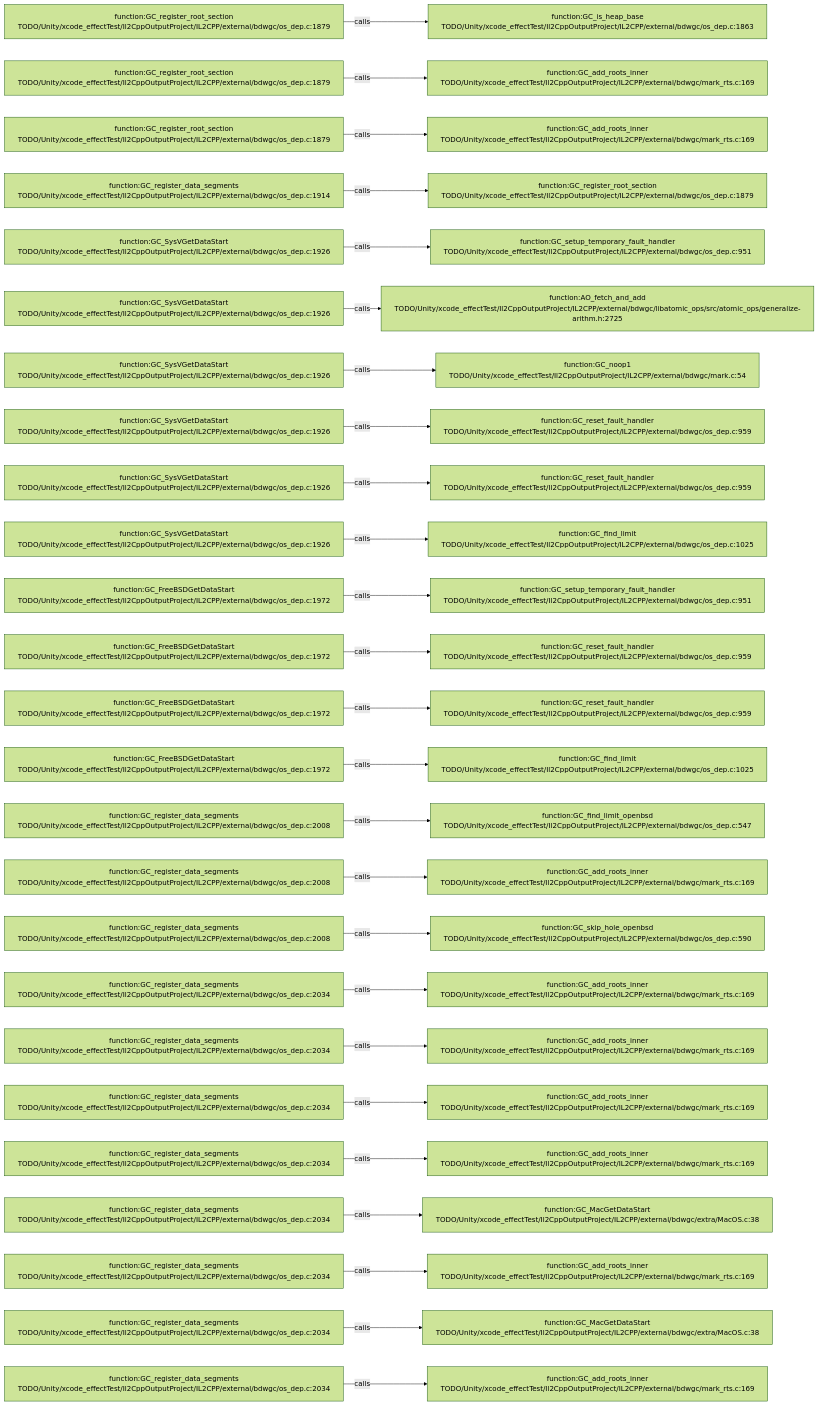
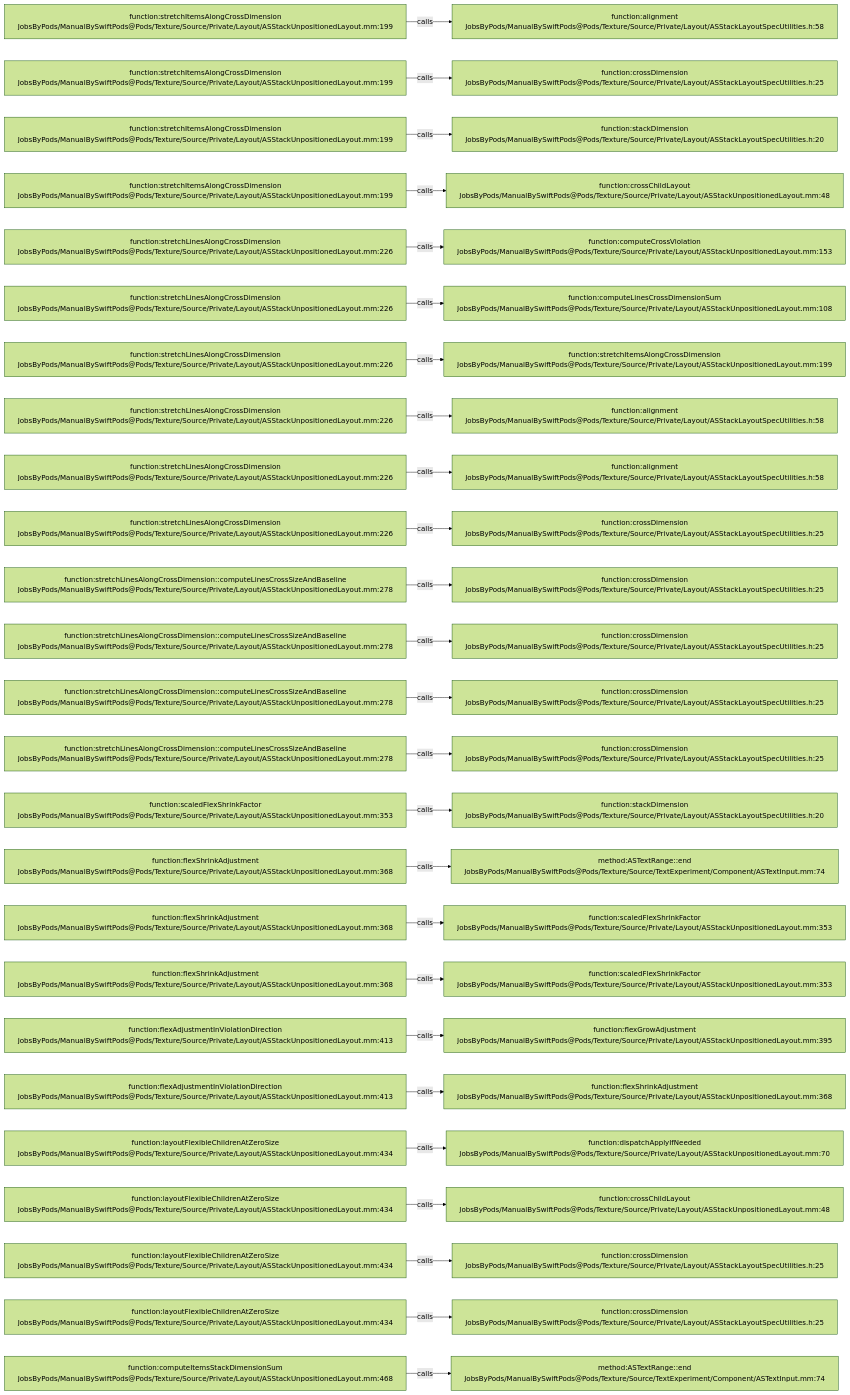
The diagram in .codegraph/codegraph.md/graphs/calls-144.md (JobsKits/JobsSwiftBaseConfigDemo), drawn with Mermaid (forest theme) before and after one commit. The commit also changed 2959 other files, not shown here.

````diff
--- a/.codegraph/codegraph.md/graphs/calls-144.md
+++ b/.codegraph/codegraph.md/graphs/calls-144.md
@@ -13,78 +13,78 @@
 ```mermaid
 flowchart LR
-  S1["function:GC_register_root_section<br/>TODO/Unity/xcode_effectTest/Il2CppOutputProject/IL2CPP/external/bdwgc/os_dep.c:1879"]
-  T1["function:GC_is_heap_base<br/>TODO/Unity/xcode_effectTest/Il2CppOutputProject/IL2CPP/external/bdwgc/os_dep.c:1863"]
+  S1["function:stretchItemsAlongCrossDimension<br/>JobsByPods/ManualBySwiftPods@Pods/Texture/Source/Private/Layout/ASStackUnpositionedLayout.mm:199"]
+  T1["function:alignment<br/>JobsByPods/ManualBySwiftPods@Pods/Texture/Source/Private/Layout/ASStackLayoutSpecUtilities.h:58"]
   S1 -->|calls| T1
-  S2["function:GC_register_root_section<br/>TODO/Unity/xcode_effectTest/Il2CppOutputProject/IL2CPP/external/bdwgc/os_dep.c:1879"]
-  T2["function:GC_add_roots_inner<br/>TODO/Unity/xcode_effectTest/Il2CppOutputProject/IL2CPP/external/bdwgc/mark_rts.c:169"]
+  S2["function:stretchItemsAlongCrossDimension<br/>JobsByPods/ManualBySwiftPods@Pods/Texture/Source/Private/Layout/ASStackUnpositionedLayout.mm:199"]
+  T2["function:crossDimension<br/>JobsByPods/ManualBySwiftPods@Pods/Texture/Source/Private/Layout/ASStackLayoutSpecUtilities.h:25"]
   S2 -->|calls| T2
-  S3["function:GC_register_root_section<br/>TODO/Unity/xcode_effectTest/Il2CppOutputProject/IL2CPP/external/bdwgc/os_dep.c:1879"]
-  T3["function:GC_add_roots_inner<br/>TODO/Unity/xcode_effectTest/Il2CppOutputProject/IL2CPP/external/bdwgc/mark_rts.c:169"]
+  S3["function:stretchItemsAlongCrossDimension<br/>JobsByPods/ManualBySwiftPods@Pods/Texture/Source/Private/Layout/ASStackUnpositionedLayout.mm:199"]
+  T3["function:stackDimension<br/>JobsByPods/ManualBySwiftPods@Pods/Texture/Source/Private/Layout/ASStackLayoutSpecUtilities.h:20"]
   S3 -->|calls| T3
-  S4["function:GC_register_data_segments<br/>TODO/Unity/xcode_effectTest/Il2CppOutputProject/IL2CPP/external/bdwgc/os_dep.c:1914"]
-  T4["function:GC_register_root_section<br/>TODO/Unity/xcode_effectTest/Il2CppOutputProject/IL2CPP/external/bdwgc/os_dep.c:1879"]
+  S4["function:stretchItemsAlongCrossDimension<br/>JobsByPods/ManualBySwiftPods@Pods/Texture/Source/Private/Layout/ASStackUnpositionedLayout.mm:199"]
+  T4["function:crossChildLayout<br/>JobsByPods/ManualBySwiftPods@Pods/Texture/Source/Private/Layout/ASStackUnpositionedLayout.mm:48"]
   S4 -->|calls| T4
-  S5["function:GC_SysVGetDataStart<br/>TODO/Unity/xcode_effectTest/Il2CppOutputProject/IL2CPP/external/bdwgc/os_dep.c:1926"]
-  T5["function:GC_setup_temporary_fault_handler<br/>TODO/Unity/xcode_effectTest/Il2CppOutputProject/IL2CPP/external/bdwgc/os_dep.c:951"]
+  S5["function:stretchLinesAlongCrossDimension<br/>JobsByPods/ManualBySwiftPods@Pods/Texture/Source/Private/Layout/ASStackUnpositionedLayout.mm:226"]
+  T5["function:computeCrossViolation<br/>JobsByPods/ManualBySwiftPods@Pods/Texture/Source/Private/Layout/ASStackUnpositionedLayout.mm:153"]
   S5 -->|calls| T5
-  S6["function:GC_SysVGetDataStart<br/>TODO/Unity/xcode_effectTest/Il2CppOutputProject/IL2CPP/external/bdwgc/os_dep.c:1926"]
-  T6["function:AO_fetch_and_add<br/>TODO/Unity/xcode_effectTest/Il2CppOutputProject/IL2CPP/external/bdwgc/libatomic_ops/src/atomic_ops/generalize-arithm.h:2725"]
+  S6["function:stretchLinesAlongCrossDimension<br/>JobsByPods/ManualBySwiftPods@Pods/Texture/Source/Private/Layout/ASStackUnpositionedLayout.mm:226"]
+  T6["function:computeLinesCrossDimensionSum<br/>JobsByPods/ManualBySwiftPods@Pods/Texture/Source/Private/Layout/ASStackUnpositionedLayout.mm:108"]
   S6 -->|calls| T6
-  S7["function:GC_SysVGetDataStart<br/>TODO/Unity/xcode_effectTest/Il2CppOutputProject/IL2CPP/external/bdwgc/os_dep.c:1926"]
-  T7["function:GC_noop1<br/>TODO/Unity/xcode_effectTest/Il2CppOutputProject/IL2CPP/external/bdwgc/mark.c:54"]
+  S7["function:stretchLinesAlongCrossDimension<br/>JobsByPods/ManualBySwiftPods@Pods/Texture/Source/Private/Layout/ASStackUnpositionedLayout.mm:226"]
+  T7["function:stretchItemsAlongCrossDimension<br/>JobsByPods/ManualBySwiftPods@Pods/Texture/Source/Private/Layout/ASStackUnpositionedLayout.mm:199"]
   S7 -->|calls| T7
-  S8["function:GC_SysVGetDataStart<br/>TODO/Unity/xcode_effectTest/Il2CppOutputProject/IL2CPP/external/bdwgc/os_dep.c:1926"]
-  T8["function:GC_reset_fault_handler<br/>TODO/Unity/xcode_effectTest/Il2CppOutputProject/IL2CPP/external/bdwgc/os_dep.c:959"]
+  S8["function:stretchLinesAlongCrossDimension<br/>JobsByPods/ManualBySwiftPods@Pods/Texture/Source/Private/Layout/ASStackUnpositionedLayout.mm:226"]
+  T8["function:alignment<br/>JobsByPods/ManualBySwiftPods@Pods/Texture/Source/Private/Layout/ASStackLayoutSpecUtilities.h:58"]
   S8 -->|calls| T8
-  S9["function:GC_SysVGetDataStart<br/>TODO/Unity/xcode_effectTest/Il2CppOutputProject/IL2CPP/external/bdwgc/os_dep.c:1926"]
-  T9["function:GC_reset_fault_handler<br/>TODO/Unity/xcode_effectTest/Il2CppOutputProject/IL2CPP/external/bdwgc/os_dep.c:959"]
+  S9["function:stretchLinesAlongCrossDimension<br/>JobsByPods/ManualBySwiftPods@Pods/Texture/Source/Private/Layout/ASStackUnpositionedLayout.mm:226"]
+  T9["function:alignment<br/>JobsByPods/ManualBySwiftPods@Pods/Texture/Source/Private/Layout/ASStackLayoutSpecUtilities.h:58"]
   S9 -->|calls| T9
-  S10["function:GC_SysVGetDataStart<br/>TODO/Unity/xcode_effectTest/Il2CppOutputProject/IL2CPP/external/bdwgc/os_dep.c:1926"]
-  T10["function:GC_find_limit<br/>TODO/Unity/xcode_effectTest/Il2CppOutputProject/IL2CPP/external/bdwgc/os_dep.c:1025"]
+  S10["function:stretchLinesAlongCrossDimension<br/>JobsByPods/ManualBySwiftPods@Pods/Texture/Source/Private/Layout/ASStackUnpositionedLayout.mm:226"]
+  T10["function:crossDimension<br/>JobsByPods/ManualBySwiftPods@Pods/Texture/Source/Private/Layout/ASStackLayoutSpecUtilities.h:25"]
   S10 -->|calls| T10
-  S11["function:GC_FreeBSDGetDataStart<br/>TODO/Unity/xcode_effectTest/Il2CppOutputProject/IL2CPP/external/bdwgc/os_dep.c:1972"]
-  T11["function:GC_setup_temporary_fault_handler<br/>TODO/Unity/xcode_effectTest/Il2CppOutputProject/IL2CPP/external/bdwgc/os_dep.c:951"]
+  S11["function:stretchLinesAlongCrossDimension::computeLinesCrossSizeAndBaseline<br/>JobsByPods/ManualBySwiftPods@Pods/Texture/Source/Private/Layout/ASStackUnpositionedLayout.mm:278"]
+  T11["function:crossDimension<br/>JobsByPods/ManualBySwiftPods@Pods/Texture/Source/Private/Layout/ASStackLayoutSpecUtilities.h:25"]
   S11 -->|calls| T11
-  S12["function:GC_FreeBSDGetDataStart<br/>TODO/Unity/xcode_effectTest/Il2CppOutputProject/IL2CPP/external/bdwgc/os_dep.c:1972"]
-  T12["function:GC_reset_fault_handler<br/>TODO/Unity/xcode_effectTest/Il2CppOutputProject/IL2CPP/external/bdwgc/os_dep.c:959"]
+  S12["function:stretchLinesAlongCrossDimension::computeLinesCrossSizeAndBaseline<br/>JobsByPods/ManualBySwiftPods@Pods/Texture/Source/Private/Layout/ASStackUnpositionedLayout.mm:278"]
+  T12["function:crossDimension<br/>JobsByPods/ManualBySwiftPods@Pods/Texture/Source/Private/Layout/ASStackLayoutSpecUtilities.h:25"]
   S12 -->|calls| T12
-  S13["function:GC_FreeBSDGetDataStart<br/>TODO/Unity/xcode_effectTest/Il2CppOutputProject/IL2CPP/external/bdwgc/os_dep.c:1972"]
-  T13["function:GC_reset_fault_handler<br/>TODO/Unity/xcode_effectTest/Il2CppOutputProject/IL2CPP/external/bdwgc/os_dep.c:959"]
+  S13["function:stretchLinesAlongCrossDimension::computeLinesCrossSizeAndBaseline<br/>JobsByPods/ManualBySwiftPods@Pods/Texture/Source/Private/Layout/ASStackUnpositionedLayout.mm:278"]
+  T13["function:crossDimension<br/>JobsByPods/ManualBySwiftPods@Pods/Texture/Source/Private/Layout/ASStackLayoutSpecUtilities.h:25"]
   S13 -->|calls| T13
-  S14["function:GC_FreeBSDGetDataStart<br/>TODO/Unity/xcode_effectTest/Il2CppOutputProject/IL2CPP/external/bdwgc/os_dep.c:1972"]
-  T14["function:GC_find_limit<br/>TODO/Unity/xcode_effectTest/Il2CppOutputProject/IL2CPP/external/bdwgc/os_dep.c:1025"]
+  S14["function:stretchLinesAlongCrossDimension::computeLinesCrossSizeAndBaseline<br/>JobsByPods/ManualBySwiftPods@Pods/Texture/Source/Private/Layout/ASStackUnpositionedLayout.mm:278"]
+  T14["function:crossDimension<br/>JobsByPods/ManualBySwiftPods@Pods/Texture/Source/Private/Layout/ASStackLayoutSpecUtilities.h:25"]
   S14 -->|calls| T14
-  S15["function:GC_register_data_segments<br/>TODO/Unity/xcode_effectTest/Il2CppOutputProject/IL2CPP/external/bdwgc/os_dep.c:2008"]
-  T15["function:GC_find_limit_openbsd<br/>TODO/Unity/xcode_effectTest/Il2CppOutputProject/IL2CPP/external/bdwgc/os_dep.c:547"]
+  S15["function:scaledFlexShrinkFactor<br/>JobsByPods/ManualBySwiftPods@Pods/Texture/Source/Private/Layout/ASStackUnpositionedLayout.mm:353"]
+  T15["function:stackDimension<br/>JobsByPods/ManualBySwiftPods@Pods/Texture/Source/Private/Layout/ASStackLayoutSpecUtilities.h:20"]
   S15 -->|calls| T15
-  S16["function:GC_register_data_segments<br/>TODO/Unity/xcode_effectTest/Il2CppOutputProject/IL2CPP/external/bdwgc/os_dep.c:2008"]
-  T16["function:GC_add_roots_inner<br/>TODO/Unity/xcode_effectTest/Il2CppOutputProject/IL2CPP/external/bdwgc/mark_rts.c:169"]
+  S16["function:flexShrinkAdjustment<br/>JobsByPods/ManualBySwiftPods@Pods/Texture/Source/Private/Layout/ASStackUnpositionedLayout.mm:368"]
+  T16["method:ASTextRange::end<br/>JobsByPods/ManualBySwiftPods@Pods/Texture/Source/TextExperiment/Component/ASTextInput.mm:74"]
   S16 -->|calls| T16
-  S17["function:GC_register_data_segments<br/>TODO/Unity/xcode_effectTest/Il2CppOutputProject/IL2CPP/external/bdwgc/os_dep.c:2008"]
-  T17["function:GC_skip_hole_openbsd<br/>TODO/Unity/xcode_effectTest/Il2CppOutputProject/IL2CPP/external/bdwgc/os_dep.c:590"]
+  S17["function:flexShrinkAdjustment<br/>JobsByPods/ManualBySwiftPods@Pods/Texture/Source/Private/Layout/ASStackUnpositionedLayout.mm:368"]
+  T17["function:scaledFlexShrinkFactor<br/>JobsByPods/ManualBySwiftPods@Pods/Texture/Source/Private/Layout/ASStackUnpositionedLayout.mm:353"]
   S17 -->|calls| T17
-  S18["function:GC_register_data_segments<br/>TODO/Unity/xcode_effectTest/Il2CppOutputProject/IL2CPP/external/bdwgc/os_dep.c:2034"]
-  T18["function:GC_add_roots_inner<br/>TODO/Unity/xcode_effectTest/Il2CppOutputProject/IL2CPP/external/bdwgc/mark_rts.c:169"]
+  S18["function:flexShrinkAdjustment<br/>JobsByPods/ManualBySwiftPods@Pods/Texture/Source/Private/Layout/ASStackUnpositionedLayout.mm:368"]
+  T18["function:scaledFlexShrinkFactor<br/>JobsByPods/ManualBySwiftPods@Pods/Texture/Source/Private/Layout/ASStackUnpositionedLayout.mm:353"]
   S18 -->|calls| T18
-  S19["function:GC_register_data_segments<br/>TODO/Unity/xcode_effectTest/Il2CppOutputProject/IL2CPP/external/bdwgc/os_dep.c:2034"]
-  T19["function:GC_add_roots_inner<br/>TODO/Unity/xcode_effectTest/Il2CppOutputProject/IL2CPP/external/bdwgc/mark_rts.c:169"]
+  S19["function:flexAdjustmentInViolationDirection<br/>JobsByPods/ManualBySwiftPods@Pods/Texture/Source/Private/Layout/ASStackUnpositionedLayout.mm:413"]
+  T19["function:flexGrowAdjustment<br/>JobsByPods/ManualBySwiftPods@Pods/Texture/Source/Private/Layout/ASStackUnpositionedLayout.mm:395"]
   S19 -->|calls| T19
-  S20["function:GC_register_data_segments<br/>TODO/Unity/xcode_effectTest/Il2CppOutputProject/IL2CPP/external/bdwgc/os_dep.c:2034"]
-  T20["function:GC_add_roots_inner<br/>TODO/Unity/xcode_effectTest/Il2CppOutputProject/IL2CPP/external/bdwgc/mark_rts.c:169"]
+  S20["function:flexAdjustmentInViolationDirection<br/>JobsByPods/ManualBySwiftPods@Pods/Texture/Source/Private/Layout/ASStackUnpositionedLayout.mm:413"]
+  T20["function:flexShrinkAdjustment<br/>JobsByPods/ManualBySwiftPods@Pods/Texture/Source/Private/Layout/ASStackUnpositionedLayout.mm:368"]
   S20 -->|calls| T20
-  S21["function:GC_register_data_segments<br/>TODO/Unity/xcode_effectTest/Il2CppOutputProject/IL2CPP/external/bdwgc/os_dep.c:2034"]
-  T21["function:GC_add_roots_inner<br/>TODO/Unity/xcode_effectTest/Il2CppOutputProject/IL2CPP/external/bdwgc/mark_rts.c:169"]
+  S21["function:layoutFlexibleChildrenAtZeroSize<br/>JobsByPods/ManualBySwiftPods@Pods/Texture/Source/Private/Layout/ASStackUnpositionedLayout.mm:434"]
+  T21["function:dispatchApplyIfNeeded<br/>JobsByPods/ManualBySwiftPods@Pods/Texture/Source/Private/Layout/ASStackUnpositionedLayout.mm:70"]
   S21 -->|calls| T21
-  S22["function:GC_register_data_segments<br/>TODO/Unity/xcode_effectTest/Il2CppOutputProject/IL2CPP/external/bdwgc/os_dep.c:2034"]
-  T22["function:GC_MacGetDataStart<br/>TODO/Unity/xcode_effectTest/Il2CppOutputProject/IL2CPP/external/bdwgc/extra/MacOS.c:38"]
+  S22["function:layoutFlexibleChildrenAtZeroSize<br/>JobsByPods/ManualBySwiftPods@Pods/Texture/Source/Private/Layout/ASStackUnpositionedLayout.mm:434"]
+  T22["function:crossChildLayout<br/>JobsByPods/ManualBySwiftPods@Pods/Texture/Source/Private/Layout/ASStackUnpositionedLayout.mm:48"]
   S22 -->|calls| T22
-  S23["function:GC_register_data_segments<br/>TODO/Unity/xcode_effectTest/Il2CppOutputProject/IL2CPP/external/bdwgc/os_dep.c:2034"]
-  T23["function:GC_add_roots_inner<br/>TODO/Unity/xcode_effectTest/Il2CppOutputProject/IL2CPP/external/bdwgc/mark_rts.c:169"]
+  S23["function:layoutFlexibleChildrenAtZeroSize<br/>JobsByPods/ManualBySwiftPods@Pods/Texture/Source/Private/Layout/ASStackUnpositionedLayout.mm:434"]
+  T23["function:crossDimension<br/>JobsByPods/ManualBySwiftPods@Pods/Texture/Source/Private/Layout/ASStackLayoutSpecUtilities.h:25"]
   S23 -->|calls| T23
-  S24["function:GC_register_data_segments<br/>TODO/Unity/xcode_effectTest/Il2CppOutputProject/IL2CPP/external/bdwgc/os_dep.c:2034"]
-  T24["function:GC_MacGetDataStart<br/>TODO/Unity/xcode_effectTest/Il2CppOutputProject/IL2CPP/external/bdwgc/extra/MacOS.c:38"]
+  S24["function:layoutFlexibleChildrenAtZeroSize<br/>JobsByPods/ManualBySwiftPods@Pods/Texture/Source/Private/Layout/ASStackUnpositionedLayout.mm:434"]
+  T24["function:crossDimension<br/>JobsByPods/ManualBySwiftPods@Pods/Texture/Source/Private/Layout/ASStackLayoutSpecUtilities.h:25"]
   S24 -->|calls| T24
-  S25["function:GC_register_data_segments<br/>TODO/Unity/xcode_effectTest/Il2CppOutputProject/IL2CPP/external/bdwgc/os_dep.c:2034"]
-  T25["function:GC_add_roots_inner<br/>TODO/Unity/xcode_effectTest/Il2CppOutputProject/IL2CPP/external/bdwgc/mark_rts.c:169"]
+  S25["function:computeItemsStackDimensionSum<br/>JobsByPods/ManualBySwiftPods@Pods/Texture/Source/Private/Layout/ASStackUnpositionedLayout.mm:468"]
+  T25["method:ASTextRange::end<br/>JobsByPods/ManualBySwiftPods@Pods/Texture/Source/TextExperiment/Component/ASTextInput.mm:74"]
   S25 -->|calls| T25
 ```
````
